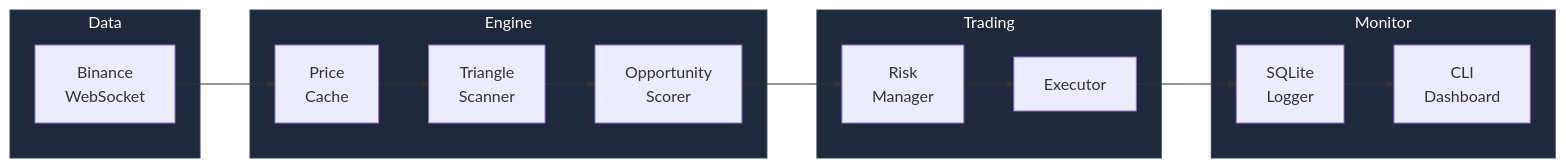
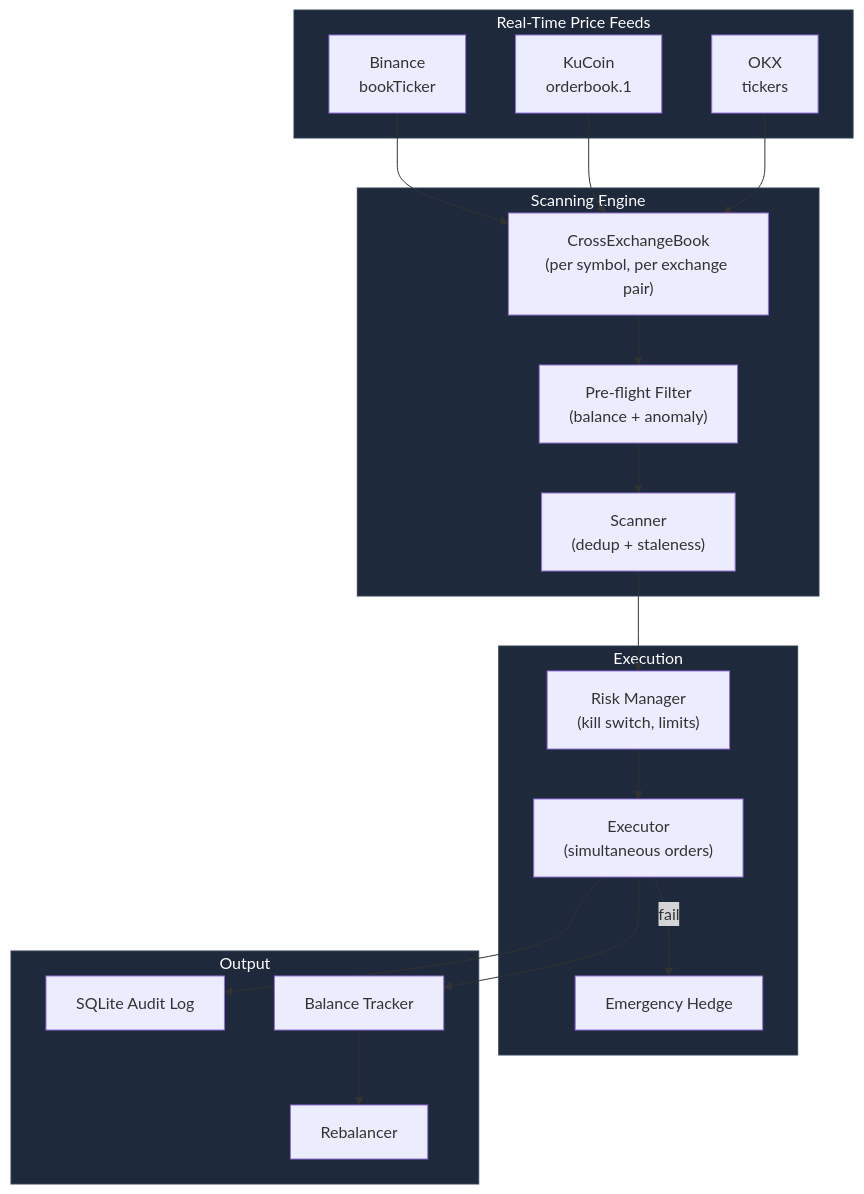
Before and after one commit to Pann13223029/crypto-triangular-arbitrage: the second of 2 diagrams in README.md, drawn with Mermaid. The commit also changed other lines of this file and 2 other files, not shown here.

````diff
--- a/README.md
+++ b/README.md
@@ -24,29 +39,36 @@
 ```mermaid
-flowchart LR
-    subgraph Input["Data"]
-        WS["Binance<br/>WebSocket"]
+flowchart TB
+    subgraph Feeds["Real-Time Price Feeds"]
+        BN["Binance<br/>bookTicker"]
+        KC["KuCoin<br/>orderbook.1"]
+        OKX["OKX<br/>tickers"]
     end
 
-    subgraph Engine["Engine"]
-        PC["Price<br/>Cache"]
-        SC["Triangle<br/>Scanner"]
-        OS["Opportunity<br/>Scorer"]
+    subgraph Engine["Scanning Engine"]
+        CXB["CrossExchangeBook<br/>(per symbol, per exchange pair)"]
+        FLT["Pre-flight Filter<br/>(balance + anomaly)"]
+        SCN["Scanner<br/>(dedup + staleness)"]
     end
 
-    subgraph Trade["Trading"]
-        RM["Risk<br/>Manager"]
-        EX["Executor"]
+    subgraph Execution["Execution"]
+        RISK["Risk Manager<br/>(kill switch, limits)"]
+        EXEC["Executor<br/>(simultaneous orders)"]
+        HEDGE["Emergency Hedge"]
     end
 
-    subgraph Monitor["Monitor"]
-        DB["SQLite<br/>Logger"]
-        DASH["CLI<br/>Dashboard"]
+    subgraph Output["Output"]
+        DB["SQLite Audit Log"]
+        BAL["Balance Tracker"]
+        REB["Rebalancer"]
     end
 
-    WS --> PC --> SC --> OS --> RM --> EX --> DB --> DASH
+    BN & KC & OKX --> CXB --> FLT --> SCN --> RISK --> EXEC
+    EXEC -->|"fail"| HEDGE
+    EXEC --> DB
+    EXEC --> BAL --> REB
 
-    style Input fill:#1e293b,stroke:#334155,color:#fff
+    style Feeds fill:#1e293b,stroke:#334155,color:#fff
     style Engine fill:#1e293b,stroke:#334155,color:#fff
-    style Trade fill:#1e293b,stroke:#334155,color:#fff
-    style Monitor fill:#1e293b,stroke:#334155,color:#fff
+    style Execution fill:#1e293b,stroke:#334155,color:#fff
+    style Output fill:#1e293b,stroke:#334155,color:#fff
 ```
````
